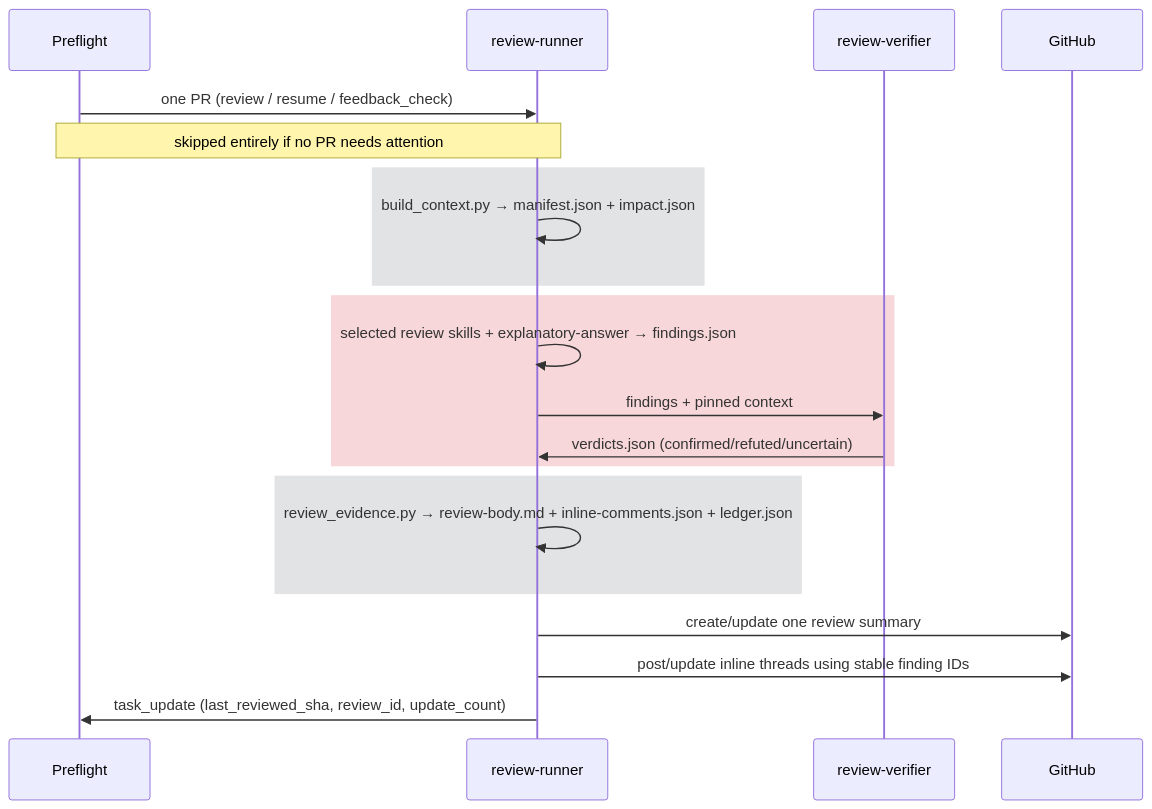
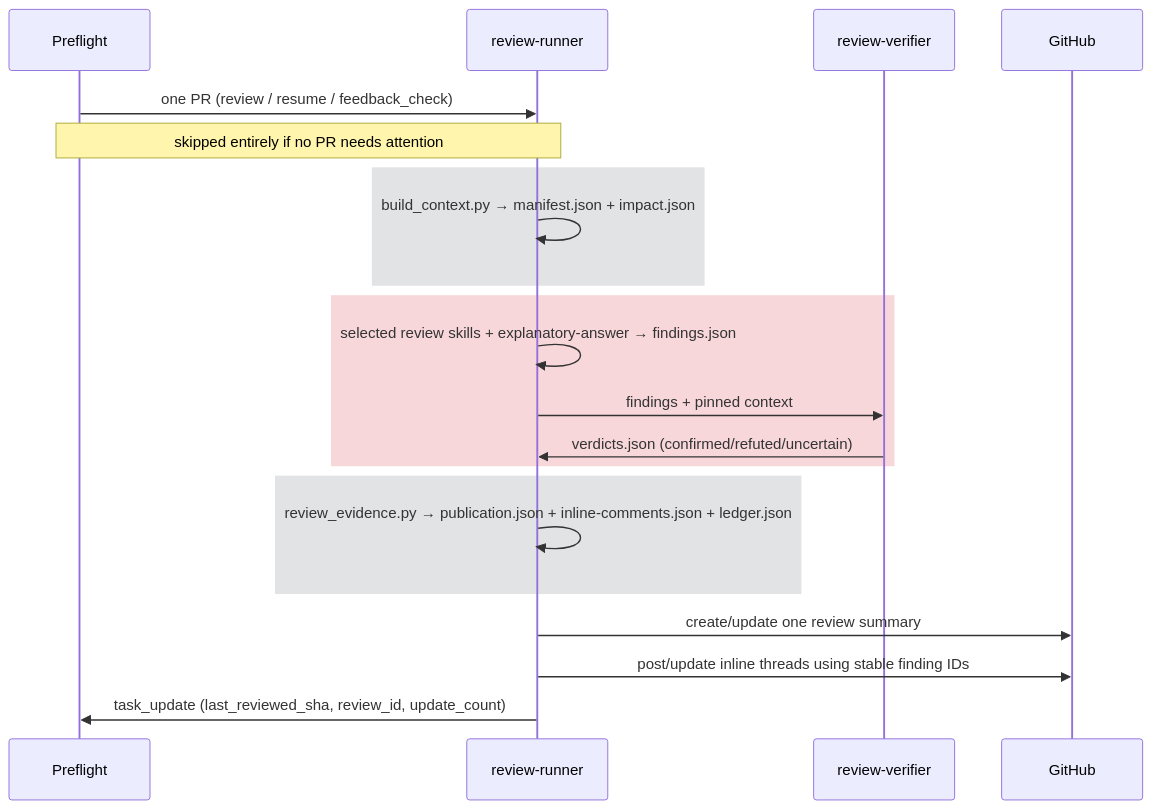
The fourth of 4 diagrams in instance/rbac-config-review/agent/workflows/review-only/WORKFLOW.md (Hyperkid123/fabric-access-ai-dev), drawn with Mermaid before and after one commit. The commit also changed other lines of this file and 13 other files, not shown here.

Commit message:
fix(review): publish JSON with dimension labels

````diff
--- a/instance/rbac-config-review/agent/workflows/review-only/WORKFLOW.md
+++ b/instance/rbac-config-review/agent/workflows/review-only/WORKFLOW.md
@@ -243,24 +243,24 @@
 ```mermaid
 sequenceDiagram
     participant Q as Preflight
     participant R as review-runner
     participant V as review-verifier
     participant GH as GitHub
 
     Q->>R: one PR (review / resume / feedback_check)
     Note over Q,R: skipped entirely if no PR needs attention
     rect rgb(226, 227, 229)
         R->>R: build_context.py → manifest.json + impact.json
     end
     rect rgb(248, 215, 218)
         R->>R: selected review skills + explanatory-answer → findings.json
         R->>V: findings + pinned context
         V->>R: verdicts.json (confirmed/refuted/uncertain)
     end
     rect rgb(226, 227, 229)
-        R->>R: review_evidence.py → review-body.md + inline-comments.json + ledger.json
+        R->>R: review_evidence.py → publication.json + inline-comments.json + ledger.json
     end
     R->>GH: create/update one review summary
     R->>GH: post/update inline threads using stable finding IDs
     R->>Q: task_update (last_reviewed_sha, review_id, update_count)
 ```
````
